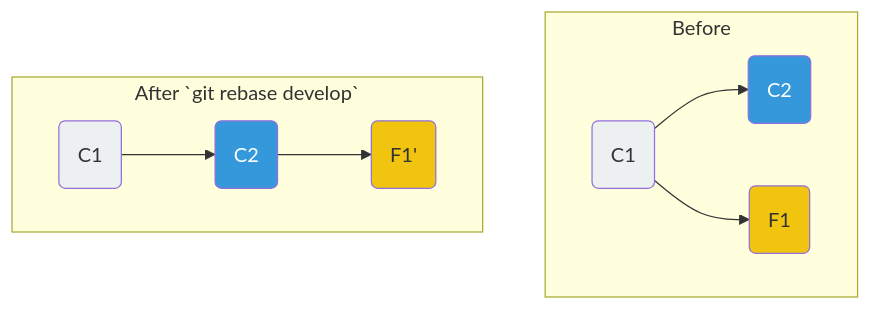
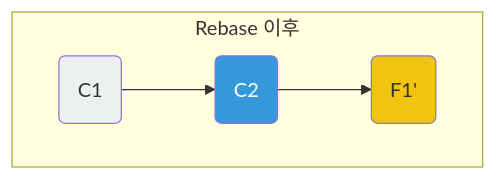
One commit to kk0m4k/kk0m4k.github.io changed the fourth of 5 diagrams in _posts/2025-11-16-git-github-guide.md. Above: the diagram before and after it, drawn with Mermaid. The commit also changed other lines of this file, not shown here.

Commit message:
docs: Merge vs Rebase 섹션 구조 개선 및 설명 보강

````diff
--- a/_posts/2025-11-16-git-github-guide.md
+++ b/_posts/2025-11-16-git-github-guide.md
@@ -262,15 +287,10 @@
         ```mermaid
         graph TB
             classDef common fill:#ecf0f1,color:#333
             classDef develop fill:#3498db,color:#fff
             classDef feature fill:#f1c40f,color:#333
 
-            subgraph "Before"
-                C1(C1):::common --> C2(C2):::develop
-                C1 --> F1(F1):::feature
-            end
-
-            subgraph "After `git rebase develop`"
+            subgraph "Rebase 이후"
                 C1_2(C1):::common --> C2_2(C2):::develop --> F1_r(F1'):::feature
             end
         ```
````
